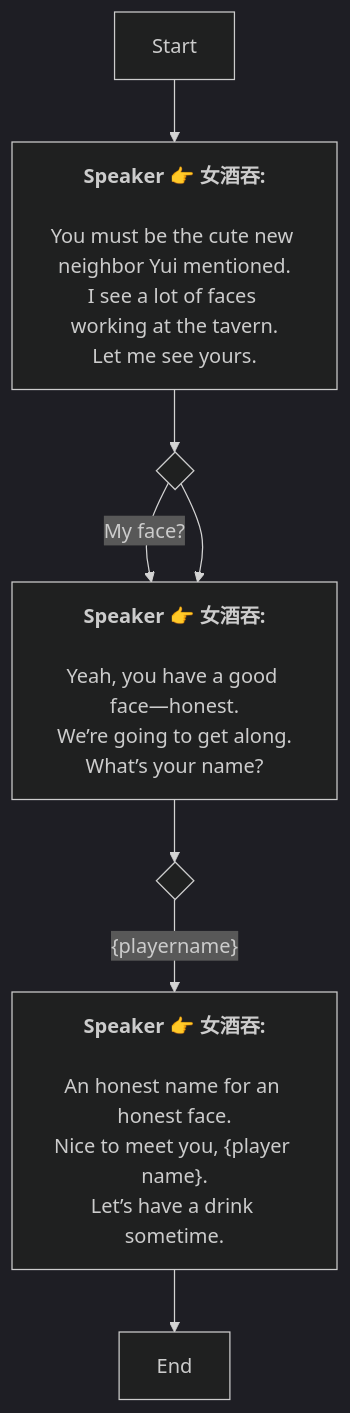
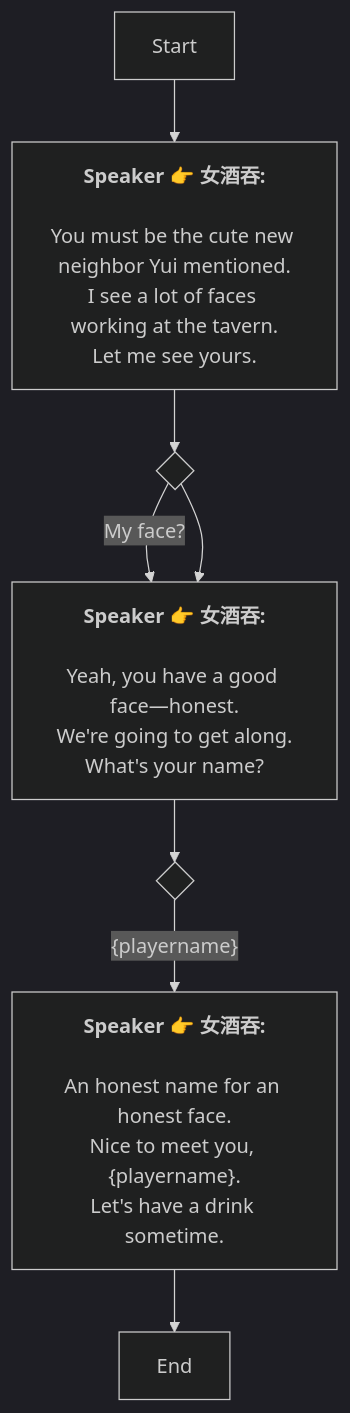
One commit to SoftHu/tos_avg changed the diagram in Zh/AddDialogNode_1741889867296003.md. Above: the diagram before and after it, drawn with Mermaid (dark theme). The commit also changed 312 other files, not shown here.

````diff
--- a/Zh/AddDialogNode_1741889867296003.md
+++ b/Zh/AddDialogNode_1741889867296003.md
@@ -1,27 +1,27 @@
 ```mermaid
 graph
 Start -->1741906499870021[<b>Speaker 👉 女酒吞:</b>
 
 You must be the cute new neighbor Yui mentioned.
 I see a lot of faces working at the tavern.
 Let me see yours. ]
 1741906499870021 -->1769060621691928{ }
 1769060621691928 -->|My face?|1769060640365597[<b>Speaker 👉 女酒吞:</b>
 
 Yeah, you have a good face—honest.
-We’re going to get along.
-What’s your name?]
+We're going to get along.
+What's your name?]
 1769060621691928 -->1769060640365597[<b>Speaker 👉 女酒吞:</b>
 
 Yeah, you have a good face—honest.
-We’re going to get along.
-What’s your name?]
+We're going to get along.
+What's your name?]
 1769060640365597 -->1769060656456738{ }
 1769060656456738 -->|&lbrace;playername&rbrace;|1769060667145251[<b>Speaker 👉 女酒吞:</b>
 
 An honest name for an honest face.
-Nice to meet you, &lbrace;player name&rbrace;.
-Let’s have a drink sometime.  ]
+Nice to meet you, &lbrace;playername&rbrace;.
+Let's have a drink sometime.  ]
 1769060667145251 -->1741908338957638[End]
 
  ```
````
